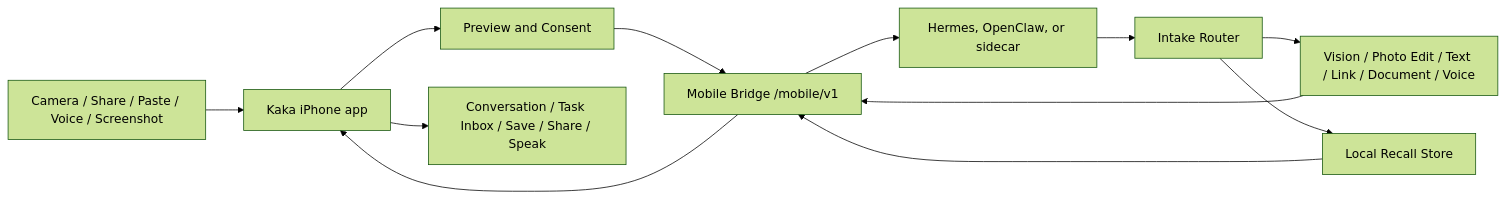
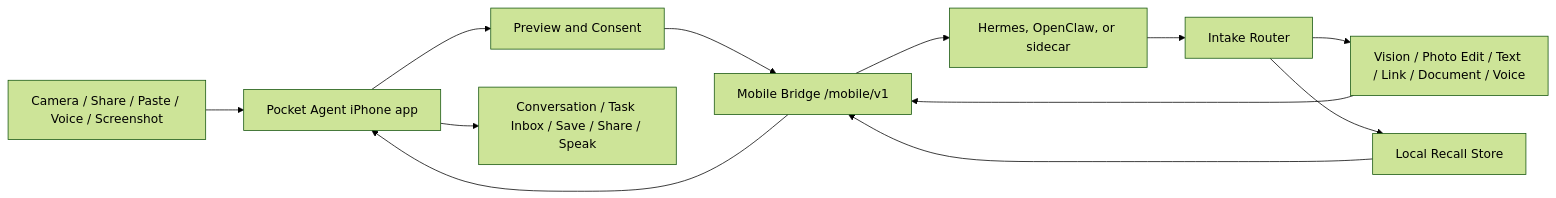
One commit to MightyKartz/kaka changed the diagram in docs/pocket-agents-direction.md. Above: the diagram before and after it, drawn with Mermaid (forest theme). The commit also changed other lines of this file and 193 other files, not shown here.

Commit message:
Refine local agent lens UI and bridge flows

````diff
--- a/docs/pocket-agents-direction.md
+++ b/docs/pocket-agents-direction.md
@@ -436,14 +436,14 @@
 ```mermaid
 flowchart LR
-  Inputs["Camera / Share / Paste / Voice / Screenshot"] --> Phone["Kaka iPhone app"]
+  Inputs["Camera / Share / Paste / Voice / Screenshot"] --> Phone["Pocket Agent iPhone app"]
   Phone --> Consent["Preview and Consent"]
   Consent --> Bridge["Mobile Bridge /mobile/v1"]
   Bridge --> Runtime["Hermes, OpenClaw, or sidecar"]
   Runtime --> Router["Intake Router"]
   Router --> Skills["Vision / Photo Edit / Text / Link / Document / Voice"]
   Router --> Memory["Local Recall Store"]
   Skills --> Bridge
   Memory --> Bridge
   Bridge --> Phone
   Phone --> Outputs["Conversation / Task Inbox / Save / Share / Speak"]
 ```
````
